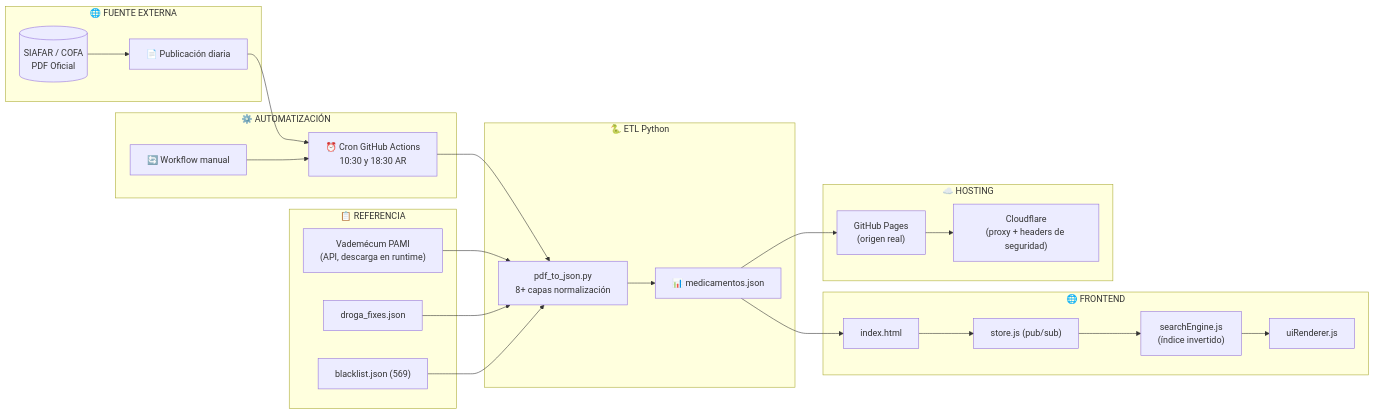
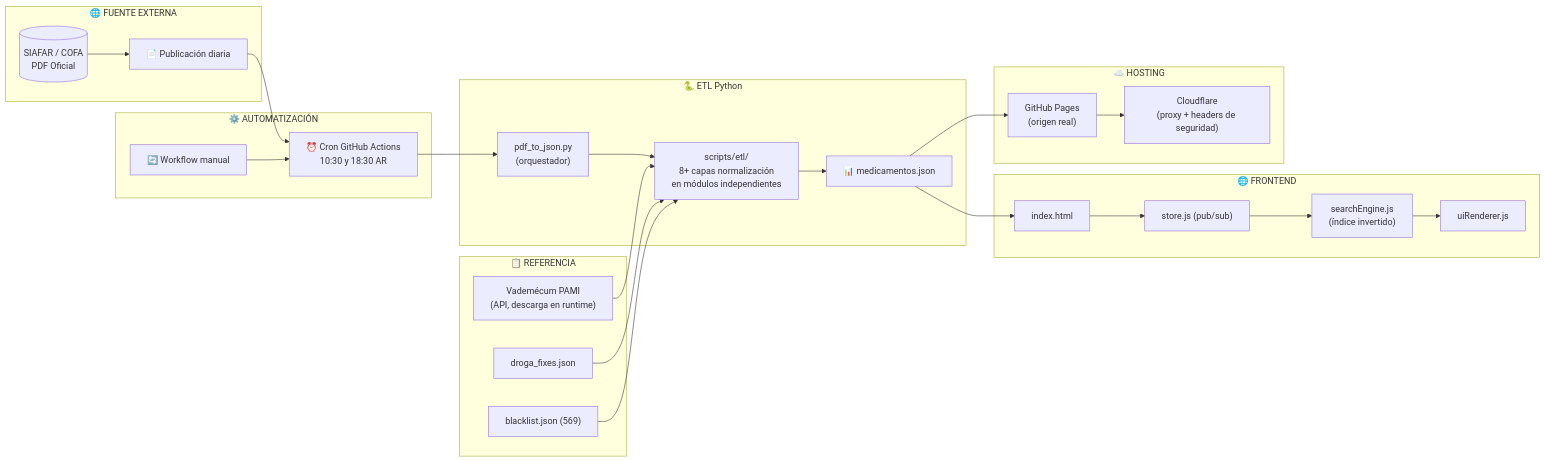
The third of 9 diagrams in README.md (psbella/remediar), drawn with Mermaid before and after one commit. The commit also changed other lines of this file, not shown here.

Commit message:
docs: actualizar README con la estructura scripts/etl/ modular

````diff
--- a/README.md
+++ b/README.md
@@ -559,51 +561,53 @@
 ```mermaid
 flowchart LR
 
     subgraph ONE["🌐 FUENTE EXTERNA"]
         A[("SIAFAR / COFA\nPDF Oficial")]
         B["📄 Publicación diaria"]
     end
 
     subgraph TWO["⚙️ AUTOMATIZACIÓN"]
         C["⏰ Cron GitHub Actions\n10:30 y 18:30 AR"]
         D["🔄 Workflow manual"]
     end
 
     subgraph THREE["🐍 ETL Python"]
-        E["pdf_to_json.py\n8+ capas normalización"]
+        E["pdf_to_json.py\n(orquestador)"]
+        E2["scripts/etl/\n8+ capas normalización\nen módulos independientes"]
         G["📊 medicamentos.json"]
     end
 
     subgraph REF["📋 REFERENCIA"]
         H["Vademécum PAMI\n(API, descarga en runtime)"]
         I["droga_fixes.json"]
         J["blacklist.json (569)"]
     end
 
     subgraph FIVE["🌐 FRONTEND"]
         K["index.html"]
         L["store.js (pub/sub)"]
         M["searchEngine.js\n(índice invertido)"]
         N["uiRenderer.js"]
     end
 
     subgraph SEVEN["☁️ HOSTING"]
         Q["GitHub Pages\n(origen real)"]
         R["Cloudflare\n(proxy + headers de seguridad)"]
     end
 
     A --> B
     B --> C
     D --> C
     C --> E
-    H --> E
-    I --> E
-    J --> E
-    E --> G
+    E --> E2
+    H --> E2
+    I --> E2
+    J --> E2
+    E2 --> G
     G --> K
     K --> L
     L --> M
     M --> N
     G --> Q
     Q --> R
 ```
````
